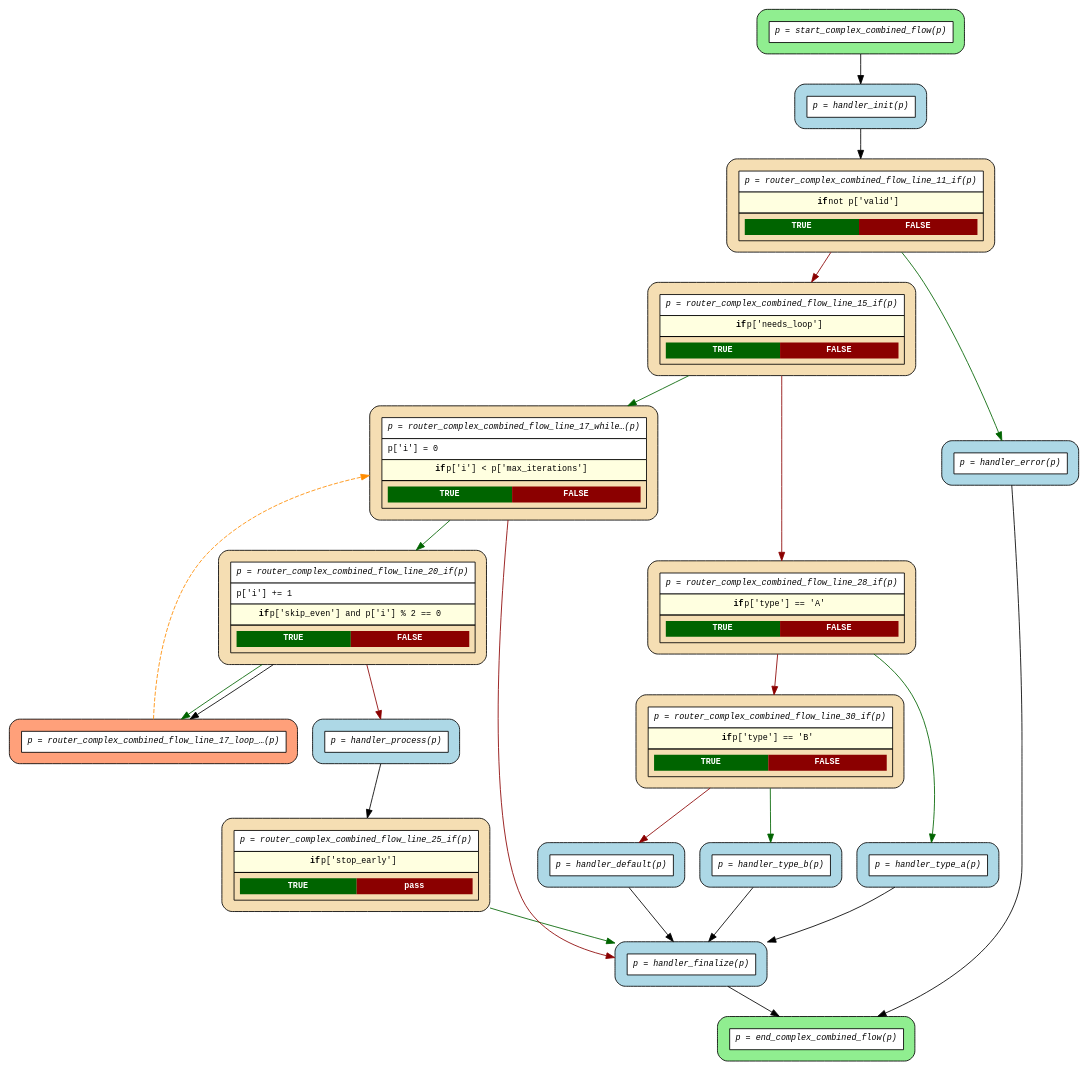
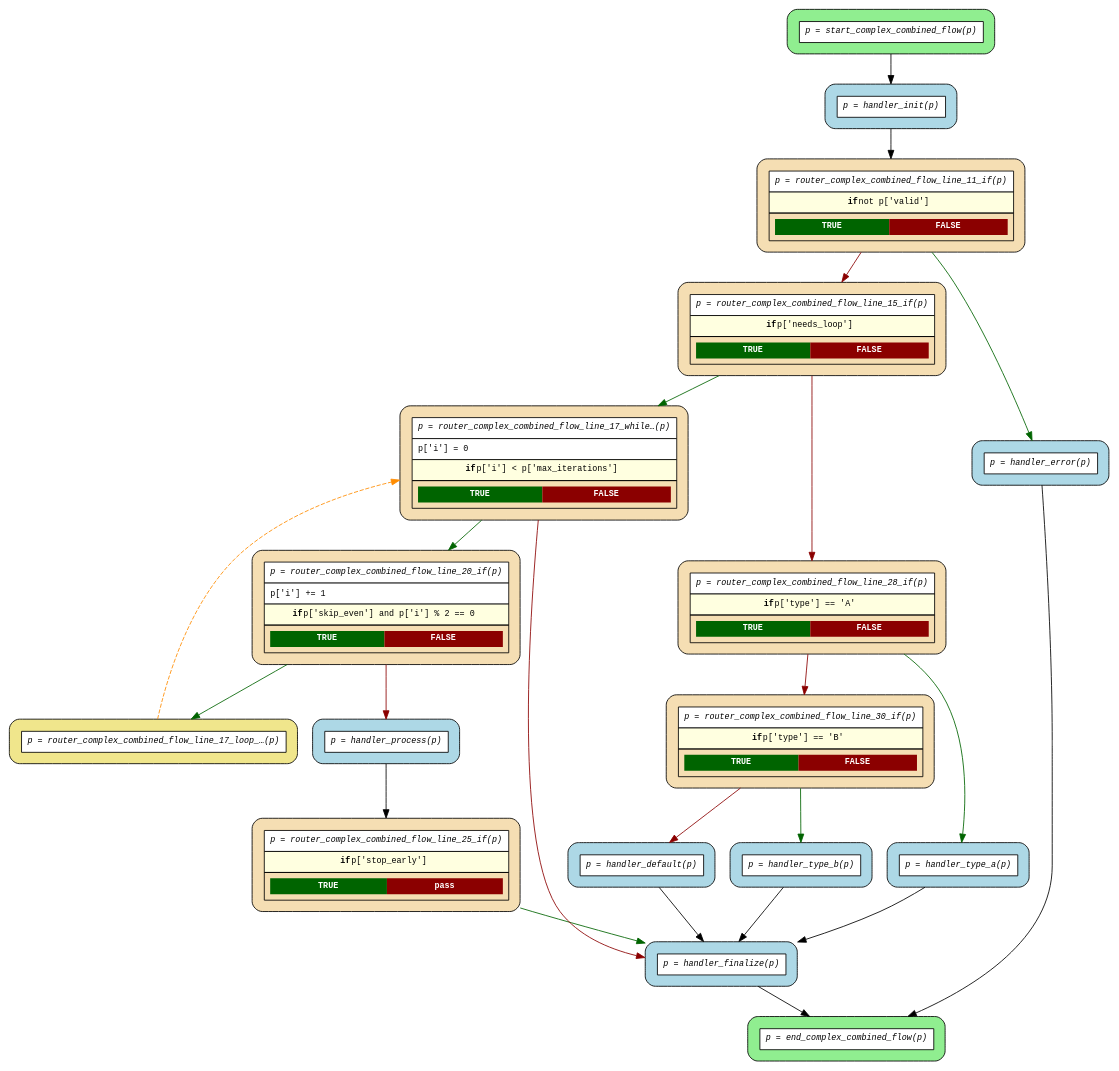
The diagram in examples/flows/compiled/complex_combined/flow.dot (deliveryhero/asya), drawn with Graphviz before and after one commit. The commit also changed 26 other files, not shown here.

First line of the commit message:
fix(flow): fix DOT graph spurious edges and loop-back router color

```diff
--- a/examples/flows/compiled/complex_combined/flow.dot
+++ b/examples/flows/compiled/complex_combined/flow.dot
@@ -1,48 +1,47 @@
 digraph flow {
   rankdir=TB;
   graph [fontname="Courier", fontsize=10];
   node [fontname="Courier", fontsize=10, shape=box, style="filled,rounded", margin="0.2"];
   edge [fontname="Courier", fontsize=10];
 
   start_complex_combined_flow [fillcolor="lightgreen", label=<<table border="0" cellspacing="0" cellpadding="6" cellborder="1"><tr><td bgcolor="white" align="center"><i>p = start_complex_combined_flow(p)</i></td></tr></table>>];
   router_complex_combined_flow_line_25_if [fillcolor="wheat", label=<<table border="0" cellspacing="0" cellpadding="6" cellborder="1"><tr><td bgcolor="white" align="center"><i>p = router_complex_combined_flow_line_25_if(p)</i></td></tr><tr><td bgcolor="lightyellow"><b>if</b> p['stop_early']</td></tr><tr><td><table border="0" cellspacing="0" cellpadding="4"><tr><td bgcolor="darkgreen"><font color="white"><b>TRUE</b></font></td><td bgcolor="darkred"><font color="white"><b>pass</b></font></td></tr></table></td></tr></table>>];
   router_complex_combined_flow_line_20_if [fillcolor="wheat", label=<<table border="0" cellspacing="0" cellpadding="6" cellborder="1"><tr><td bgcolor="white" align="center"><i>p = router_complex_combined_flow_line_20_if(p)</i></td></tr><tr><td bgcolor="white" align="left">p['i'] += 1</td></tr><tr><td bgcolor="lightyellow"><b>if</b> p['skip_even'] and p['i'] % 2 == 0</td></tr><tr><td><table border="0" cellspacing="0" cellpadding="4"><tr><td bgcolor="darkgreen"><font color="white"><b>TRUE</b></font></td><td bgcolor="darkred"><font color="white"><b>FALSE</b></font></td></tr></table></td></tr></table>>];
-  router_complex_combined_flow_line_17_loop_back_0 [fillcolor="lightsalmon", label=<<table border="0" cellspacing="0" cellpadding="6" cellborder="1"><tr><td bgcolor="white" align="center"><i>p = router_complex_combined_flow_line_17_loop_…(p)</i></td></tr></table>>];
+  router_complex_combined_flow_line_17_loop_back_0 [fillcolor="khaki", label=<<table border="0" cellspacing="0" cellpadding="6" cellborder="1"><tr><td bgcolor="white" align="center"><i>p = router_complex_combined_flow_line_17_loop_…(p)</i></td></tr></table>>];
   router_complex_combined_flow_line_17_while_0 [fillcolor="wheat", label=<<table border="0" cellspacing="0" cellpadding="6" cellborder="1"><tr><td bgcolor="white" align="center"><i>p = router_complex_combined_flow_line_17_while…(p)</i></td></tr><tr><td bgcolor="white" align="left">p['i'] = 0</td></tr><tr><td bgcolor="lightyellow"><b>if</b> p['i'] &lt; p['max_iterations']</td></tr><tr><td><table border="0" cellspacing="0" cellpadding="4"><tr><td bgcolor="darkgreen"><font color="white"><b>TRUE</b></font></td><td bgcolor="darkred"><font color="white"><b>FALSE</b></font></td></tr></table></td></tr></table>>];
   router_complex_combined_flow_line_30_if [fillcolor="wheat", label=<<table border="0" cellspacing="0" cellpadding="6" cellborder="1"><tr><td bgcolor="white" align="center"><i>p = router_complex_combined_flow_line_30_if(p)</i></td></tr><tr><td bgcolor="lightyellow"><b>if</b> p['type'] == 'B'</td></tr><tr><td><table border="0" cellspacing="0" cellpadding="4"><tr><td bgcolor="darkgreen"><font color="white"><b>TRUE</b></font></td><td bgcolor="darkred"><font color="white"><b>FALSE</b></font></td></tr></table></td></tr></table>>];
   router_complex_combined_flow_line_28_if [fillcolor="wheat", label=<<table border="0" cellspacing="0" cellpadding="6" cellborder="1"><tr><td bgcolor="white" align="center"><i>p = router_complex_combined_flow_line_28_if(p)</i></td></tr><tr><td bgcolor="lightyellow"><b>if</b> p['type'] == 'A'</td></tr><tr><td><table border="0" cellspacing="0" cellpadding="4"><tr><td bgcolor="darkgreen"><font color="white"><b>TRUE</b></font></td><td bgcolor="darkred"><font color="white"><b>FALSE</b></font></td></tr></table></td></tr></table>>];
   router_complex_combined_flow_line_15_if [fillcolor="wheat", label=<<table border="0" cellspacing="0" cellpadding="6" cellborder="1"><tr><td bgcolor="white" align="center"><i>p = router_complex_combined_flow_line_15_if(p)</i></td></tr><tr><td bgcolor="lightyellow"><b>if</b> p['needs_loop']</td></tr><tr><td><table border="0" cellspacing="0" cellpadding="4"><tr><td bgcolor="darkgreen"><font color="white"><b>TRUE</b></font></td><td bgcolor="darkred"><font color="white"><b>FALSE</b></font></td></tr></table></td></tr></table>>];
   router_complex_combined_flow_line_11_if [fillcolor="wheat", label=<<table border="0" cellspacing="0" cellpadding="6" cellborder="1"><tr><td bgcolor="white" align="center"><i>p = router_complex_combined_flow_line_11_if(p)</i></td></tr><tr><td bgcolor="lightyellow"><b>if</b> not p['valid']</td></tr><tr><td><table border="0" cellspacing="0" cellpadding="4"><tr><td bgcolor="darkgreen"><font color="white"><b>TRUE</b></font></td><td bgcolor="darkred"><font color="white"><b>FALSE</b></font></td></tr></table></td></tr></table>>];
   end_complex_combined_flow [fillcolor="lightgreen", label=<<table border="0" cellspacing="0" cellpadding="6" cellborder="1"><tr><td bgcolor="white" align="center"><i>p = end_complex_combined_flow(p)</i></td></tr></table>>];
   handler_default [fillcolor="lightblue", label=<<table border="0" cellspacing="0" cellpadding="6" cellborder="1"><tr><td bgcolor="white" align="center"><i>p = handler_default(p)</i></td></tr></table>>];
   handler_error [fillcolor="lightblue", label=<<table border="0" cellspacing="0" cellpadding="6" cellborder="1"><tr><td bgcolor="white" align="center"><i>p = handler_error(p)</i></td></tr></table>>];
   handler_finalize [fillcolor="lightblue", label=<<table border="0" cellspacing="0" cellpadding="6" cellborder="1"><tr><td bgcolor="white" align="center"><i>p = handler_finalize(p)</i></td></tr></table>>];
   handler_init [fillcolor="lightblue", label=<<table border="0" cellspacing="0" cellpadding="6" cellborder="1"><tr><td bgcolor="white" align="center"><i>p = handler_init(p)</i></td></tr></table>>];
   handler_process [fillcolor="lightblue", label=<<table border="0" cellspacing="0" cellpadding="6" cellborder="1"><tr><td bgcolor="white" align="center"><i>p = handler_process(p)</i></td></tr></table>>];
   handler_type_a [fillcolor="lightblue", label=<<table border="0" cellspacing="0" cellpadding="6" cellborder="1"><tr><td bgcolor="white" align="center"><i>p = handler_type_a(p)</i></td></tr></table>>];
   handler_type_b [fillcolor="lightblue", label=<<table border="0" cellspacing="0" cellpadding="6" cellborder="1"><tr><td bgcolor="white" align="center"><i>p = handler_type_b(p)</i></td></tr></table>>];
 
   handler_default -> handler_finalize;
   handler_error -> end_complex_combined_flow;
   handler_finalize -> end_complex_combined_flow;
   handler_init -> router_complex_combined_flow_line_11_if;
   handler_process -> router_complex_combined_flow_line_25_if;
   handler_type_a -> handler_finalize;
   handler_type_b -> handler_finalize;
   router_complex_combined_flow_line_11_if -> handler_error [color=darkgreen];
   router_complex_combined_flow_line_11_if -> router_complex_combined_flow_line_15_if [color=darkred];
   router_complex_combined_flow_line_15_if -> router_complex_combined_flow_line_17_while_0 [color=darkgreen];
   router_complex_combined_flow_line_15_if -> router_complex_combined_flow_line_28_if [color=darkred];
   router_complex_combined_flow_line_17_loop_back_0 -> router_complex_combined_flow_line_17_while_0 [style=dashed, color=darkorange, constraint=false];
   router_complex_combined_flow_line_17_while_0 -> handler_finalize [color=darkred];
   router_complex_combined_flow_line_17_while_0 -> router_complex_combined_flow_line_20_if [color=darkgreen];
   router_complex_combined_flow_line_20_if -> handler_process [color=darkred];
   router_complex_combined_flow_line_20_if -> router_complex_combined_flow_line_17_loop_back_0 [color=darkgreen];
-  router_complex_combined_flow_line_20_if -> router_complex_combined_flow_line_17_loop_back_0;
   router_complex_combined_flow_line_25_if -> handler_finalize [color=darkgreen];
   router_complex_combined_flow_line_28_if -> handler_type_a [color=darkgreen];
   router_complex_combined_flow_line_28_if -> router_complex_combined_flow_line_30_if [color=darkred];
   router_complex_combined_flow_line_30_if -> handler_default [color=darkred];
   router_complex_combined_flow_line_30_if -> handler_type_b [color=darkgreen];
   start_complex_combined_flow -> handler_init;
 }
```
